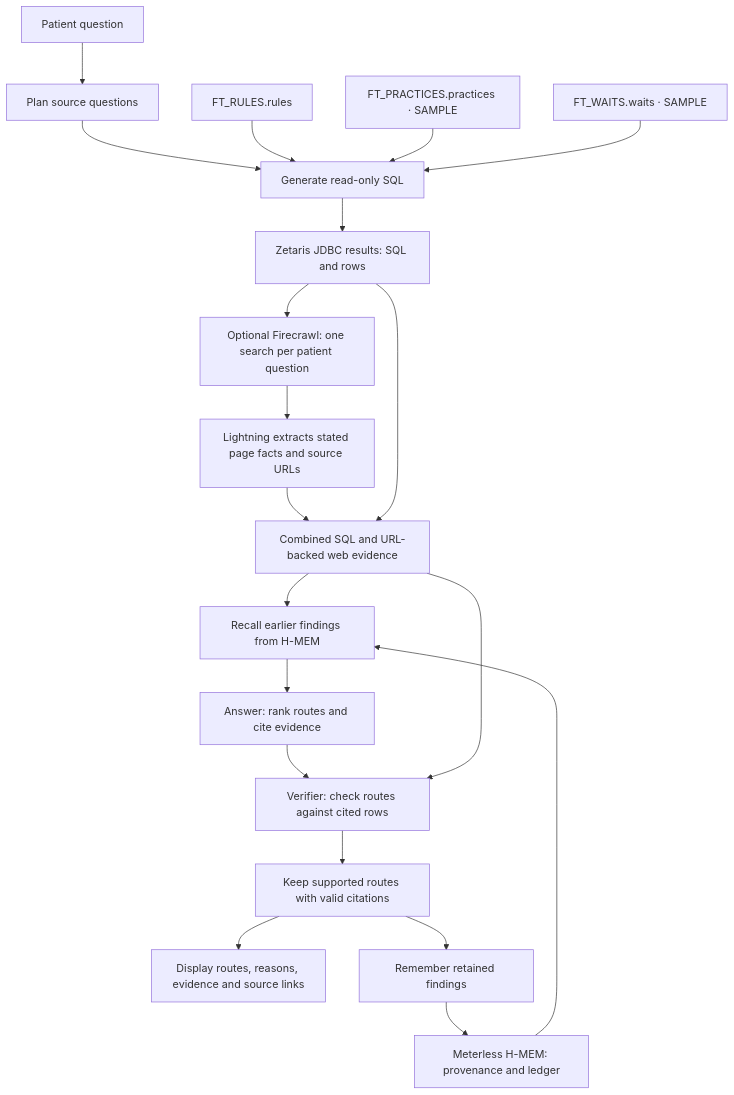
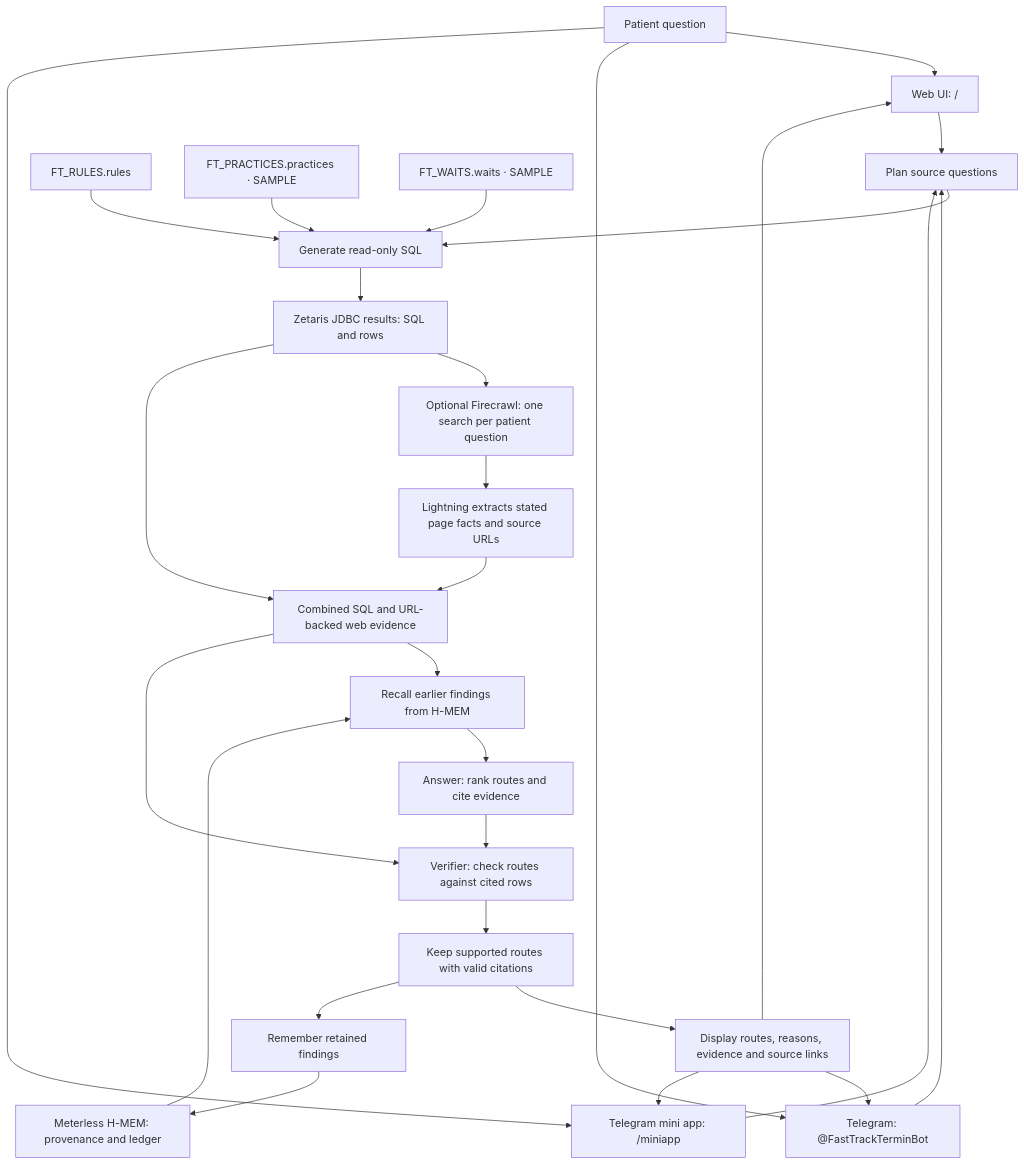
The diagram in README.md (AndiKrue/fasttrack-termin), drawn with Mermaid before and after one commit. The commit also changed other lines of this file, not shown here.

Commit message:
docs: add Docker, Telegram and mini app usage

````diff
--- a/README.md
+++ b/README.md
@@ -15,22 +15,30 @@
 ```mermaid
 flowchart TD
-    Patient["Patient question"] --> Plan["Plan source questions"]
+    Patient["Patient question"] --> Browser["Web UI: /"]
+    Patient --> Bot["Telegram: @FastTrackTerminBot"]
+    Patient --> Mini["Telegram mini app: /miniapp"]
+    Browser --> Plan["Plan source questions"]
+    Bot --> Plan
+    Mini --> Plan
     Plan --> SQL["Generate read-only SQL"]
     Rules["FT_RULES.rules"] --> SQL
     Practices["FT_PRACTICES.practices · SAMPLE"] --> SQL
     Waits["FT_WAITS.waits · SAMPLE"] --> SQL
     SQL --> SQLRows["Zetaris JDBC results: SQL and rows"]
     SQLRows --> Web["Optional Firecrawl: one search per patient question"]
     Web --> Extract["Lightning extracts stated page facts and source URLs"]
     Extract --> Rows["Combined SQL and URL-backed web evidence"]
     SQLRows --> Rows
     Rows --> Recall["Recall earlier findings from H-MEM"]
     Memory["Meterless H-MEM: provenance and ledger"] --> Recall
     Recall --> Answer["Answer: rank routes and cite evidence"]
     Answer --> Verifier["Verifier: check routes against cited rows"]
     Rows --> Verifier
     Verifier --> Kept["Keep supported routes with valid citations"]
     Kept --> Result["Display routes, reasons, evidence and source links"]
+    Result --> Browser
+    Result --> Bot
+    Result --> Mini
     Kept --> Remember["Remember retained findings"]
     Remember --> Memory
 ```
````
